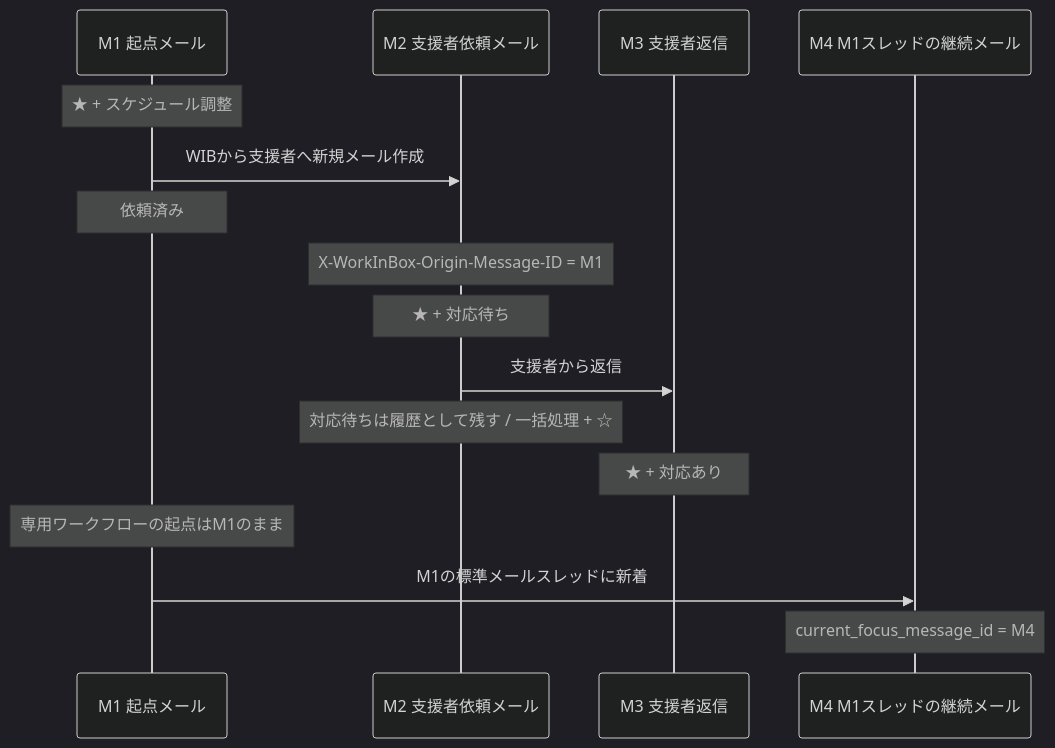
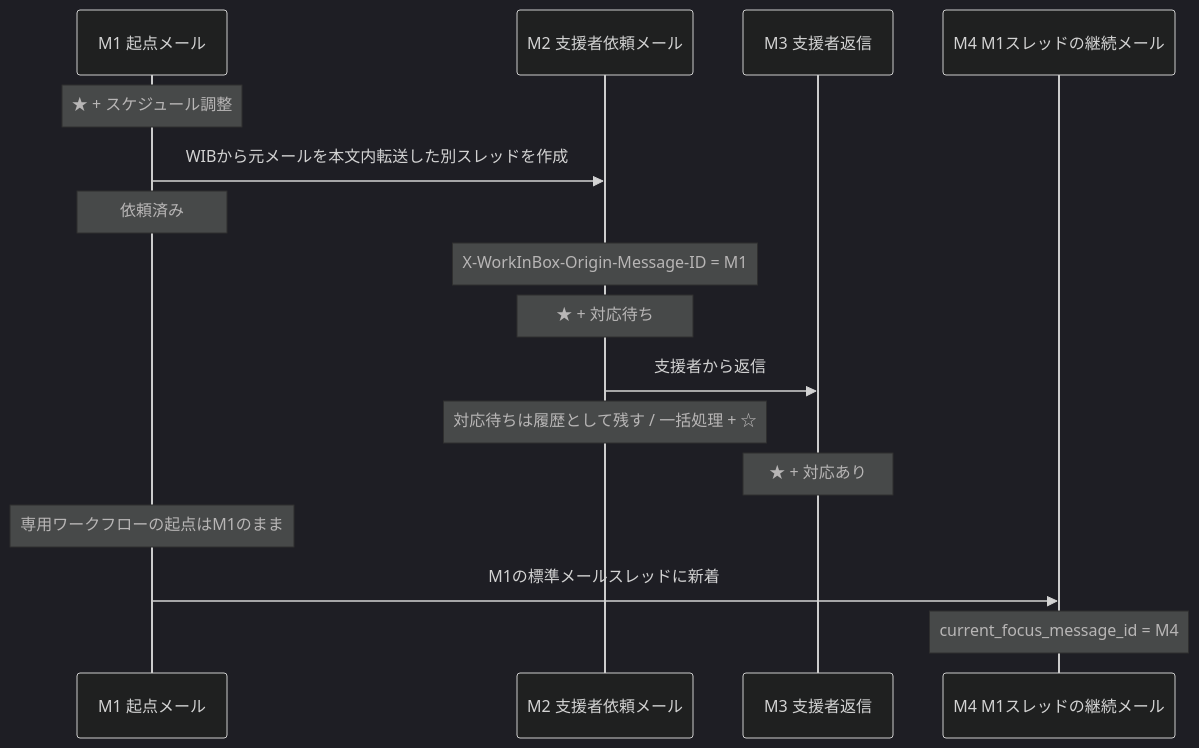
One commit to a3suger/WorkInBox changed the diagram in docs/design.md. Above: the diagram before and after it, drawn with Mermaid (dark theme). The commit also changed other lines of this file and 10 other files, not shown here.

````diff
--- a/docs/design.md
+++ b/docs/design.md
@@ -666,19 +666,19 @@
 ```mermaid
 sequenceDiagram
     participant M1 as M1 起点メール
     participant M2 as M2 支援者依頼メール
     participant M3 as M3 支援者返信
     participant M4 as M4 M1スレッドの継続メール
 
     Note over M1: ★ + スケジュール調整
-    M1->>M2: WIBから支援者へ新規メール作成
+    M1->>M2: WIBから元メールを本文内転送した別スレッドを作成
     Note over M1: 依頼済み
     Note over M2: X-WorkInBox-Origin-Message-ID = M1
     Note over M2: ★ + 対応待ち
     M2->>M3: 支援者から返信
     Note over M2: 対応待ちは履歴として残す / 一括処理 + ☆
     Note over M3: ★ + 対応あり
     Note over M1: 専用ワークフローの起点はM1のまま
     M1->>M4: M1の標準メールスレッドに新着
     Note over M4: current_focus_message_id = M4
 ```
````
